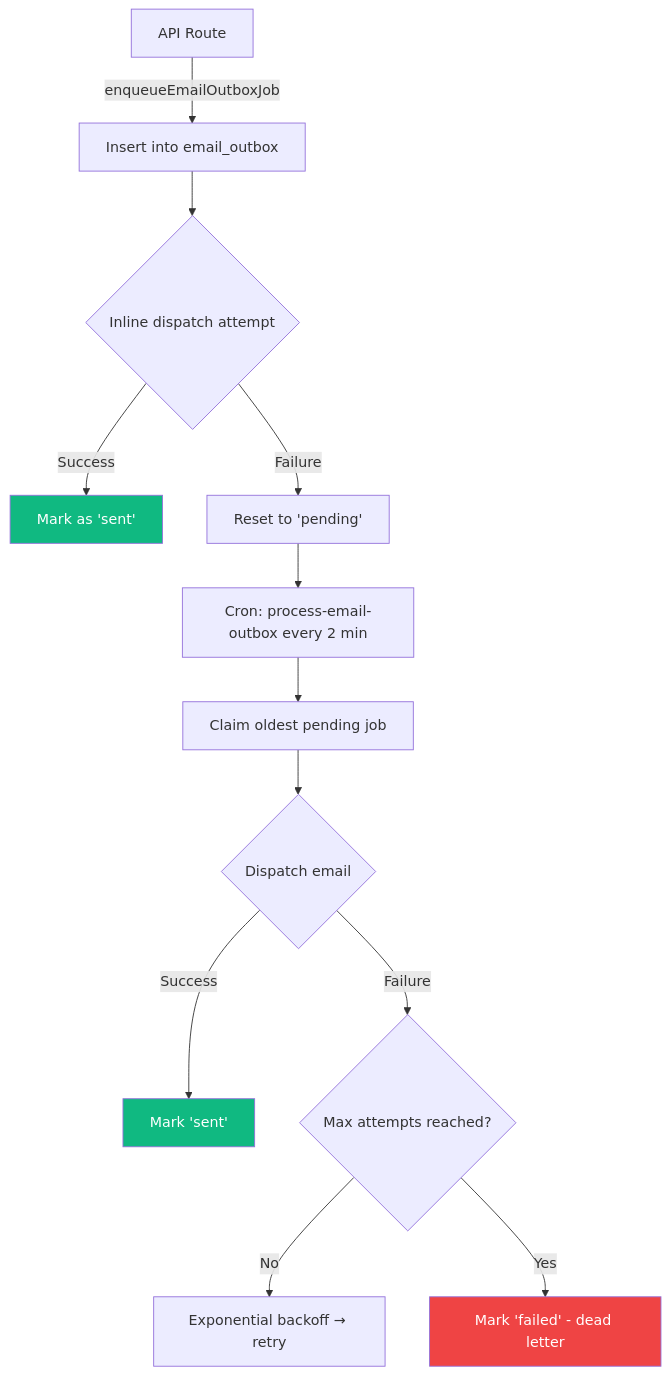
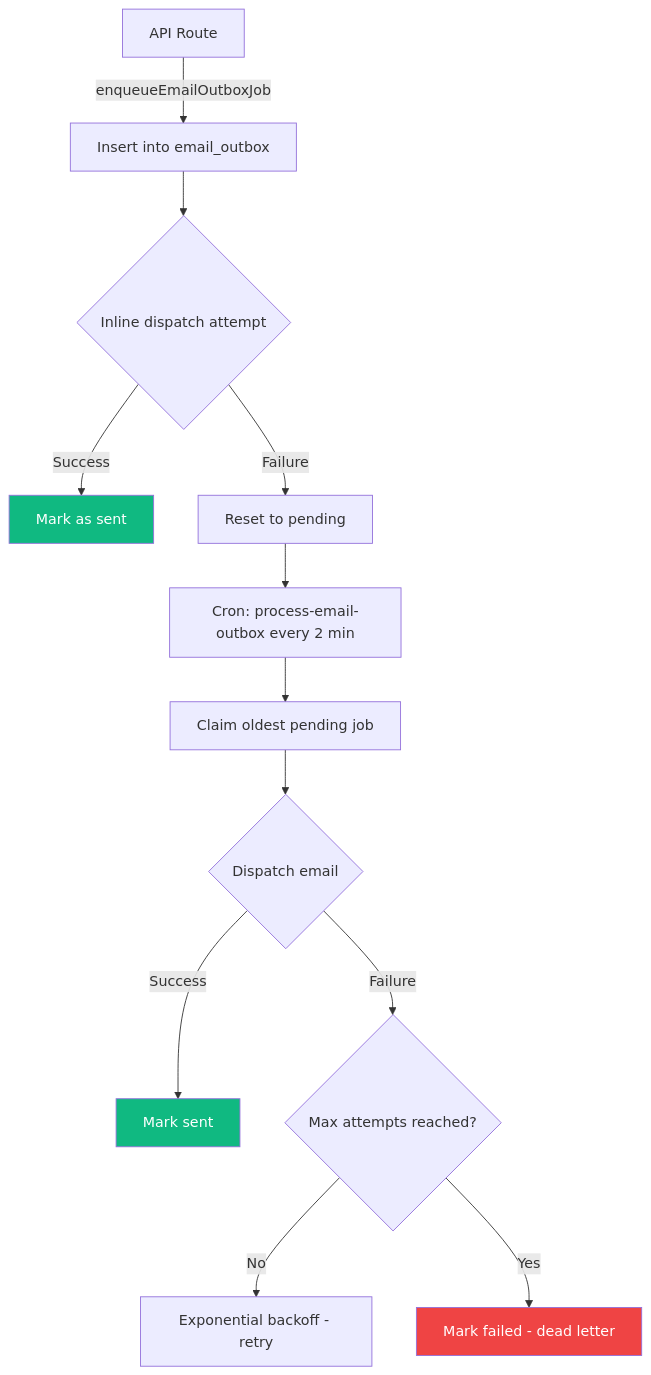
The sixth of 13 diagrams in docs/CODEBASE_UNDERSTANDING.md (ashfakhm/laundry-ease), drawn with Mermaid before and after one commit. The commit also changed other lines of this file, not shown here.

Commit message:
most of the diagrams in codebase_understanding were not rendering due to lexical error now i fixed it

````diff
--- a/docs/CODEBASE_UNDERSTANDING.md
+++ b/docs/CODEBASE_UNDERSTANDING.md
@@ -1071,18 +1071,18 @@
 ```mermaid
 flowchart TD
     A[API Route] -->|enqueueEmailOutboxJob| B[Insert into email_outbox]
     B --> C{Inline dispatch attempt}
-    C -->|Success| D[Mark as 'sent']
-    C -->|Failure| E[Reset to 'pending']
+    C -->|Success| D[Mark as sent]
+    C -->|Failure| E[Reset to pending]
     E --> F[Cron: process-email-outbox every 2 min]
     F --> G[Claim oldest pending job]
     G --> H{Dispatch email}
-    H -->|Success| I[Mark 'sent']
+    H -->|Success| I[Mark sent]
     H -->|Failure| J{Max attempts reached?}
-    J -->|No| K[Exponential backoff → retry]
-    J -->|Yes| L[Mark 'failed' - dead letter]
+    J -->|No| K[Exponential backoff - retry]
+    J -->|Yes| L[Mark failed - dead letter]
 
     style D fill:#10b981,color:#fff
     style I fill:#10b981,color:#fff
     style L fill:#ef4444,color:#fff
 ```
````
